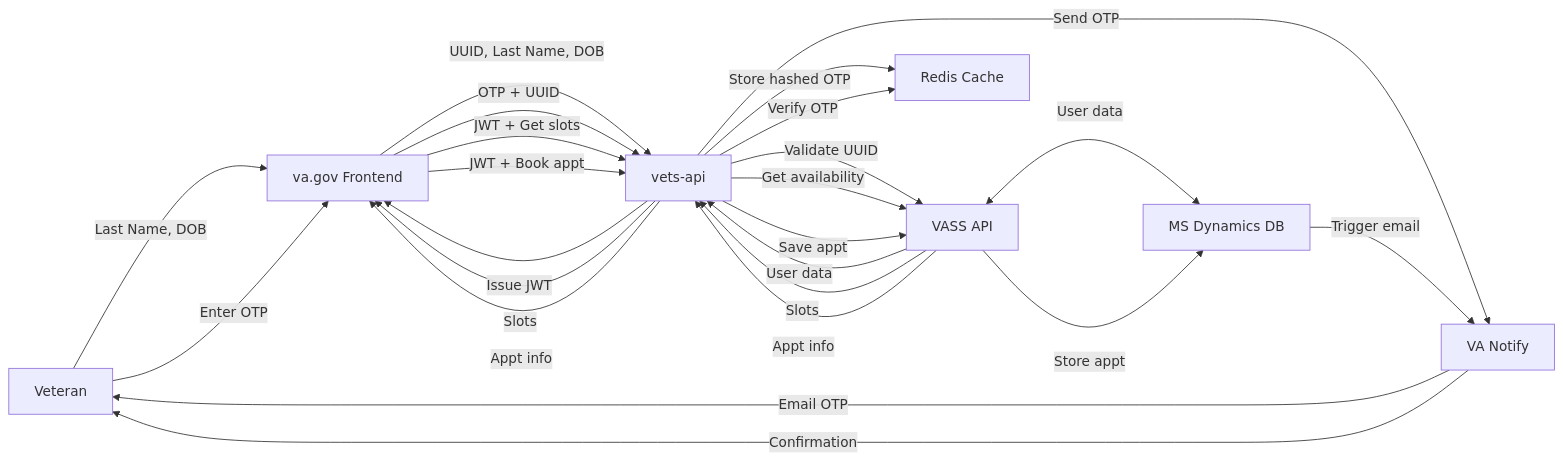
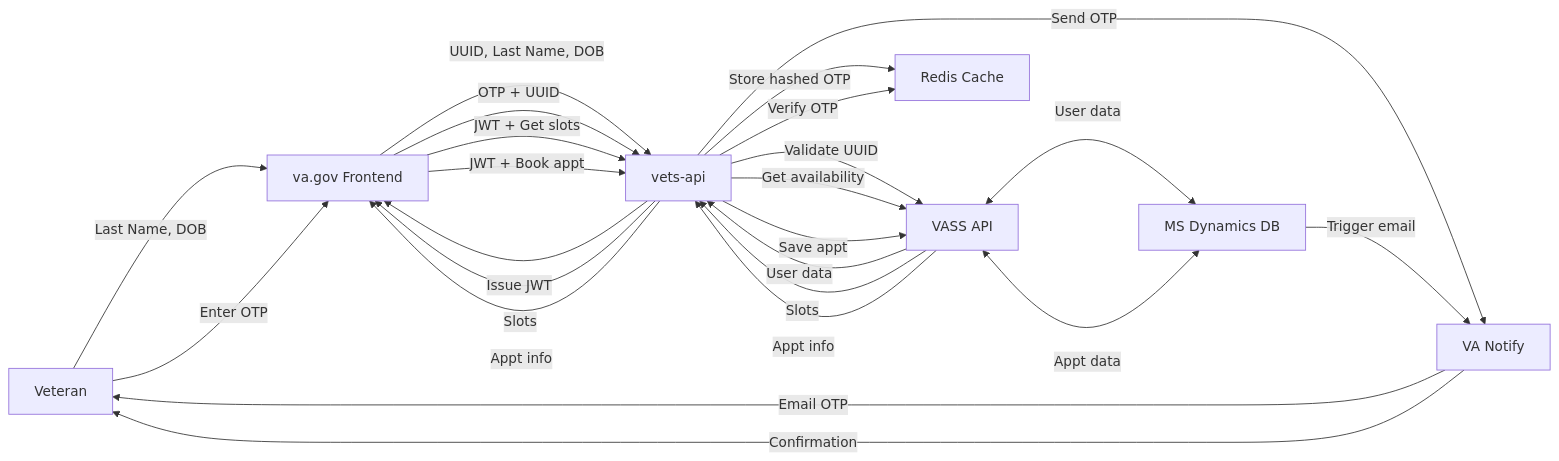
Before and after one commit to department-of-veterans-affairs/va.gov-team: the diagram in products/health-care/appointments/va-online-scheduling/initiatives/solid-start-scheduling/engineering/data-flow-diagram.md, drawn with Mermaid.

````diff
--- a/products/health-care/appointments/va-online-scheduling/initiatives/solid-start-scheduling/engineering/data-flow-diagram.md
+++ b/products/health-care/appointments/va-online-scheduling/initiatives/solid-start-scheduling/engineering/data-flow-diagram.md
@@ -2,29 +2,29 @@
 ```mermaid
 flowchart LR
     Veteran[Veteran] -->|Last Name, DOB| Frontend[va.gov Frontend]
     Frontend -->|UUID, Last Name, DOB| VetsAPI[vets-api]
     VetsAPI -->|Validate UUID| VASSAPI[VASS API]
     VASSAPI <-->|User data| Dynamics[MS Dynamics DB]
     VASSAPI -->|User data| VetsAPI
     VetsAPI -->|Store hashed OTP| Redis[Redis Cache]
     VetsAPI -->|Send OTP| VANotify[VA Notify]
     VANotify -->|Email OTP| Veteran
     
     Veteran -->|Enter OTP| Frontend
     Frontend -->|OTP + UUID| VetsAPI
     VetsAPI -->|Verify OTP| Redis
     VetsAPI -->|Issue JWT| Frontend
     
     Frontend -->|JWT + Get slots| VetsAPI
     VetsAPI -->|Get availability| VASSAPI
     VASSAPI -->|Slots| VetsAPI
     VetsAPI -->|Slots| Frontend
     
     Frontend -->|JWT + Book appt| VetsAPI
     VetsAPI -->|Save appt| VASSAPI
-    VASSAPI -->|Store appt| Dynamics
+    VASSAPI <-->|Appt data| Dynamics
     Dynamics -->|Trigger email| VANotify
     VANotify -->|Confirmation| Veteran
     VASSAPI -->|Appt info| VetsAPI
     VetsAPI -->|Appt info| Frontend
 ```
````
